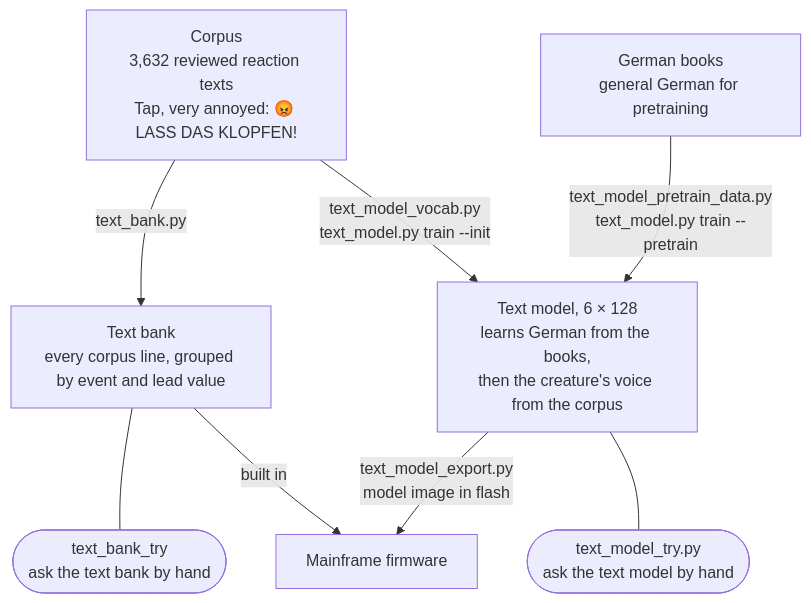
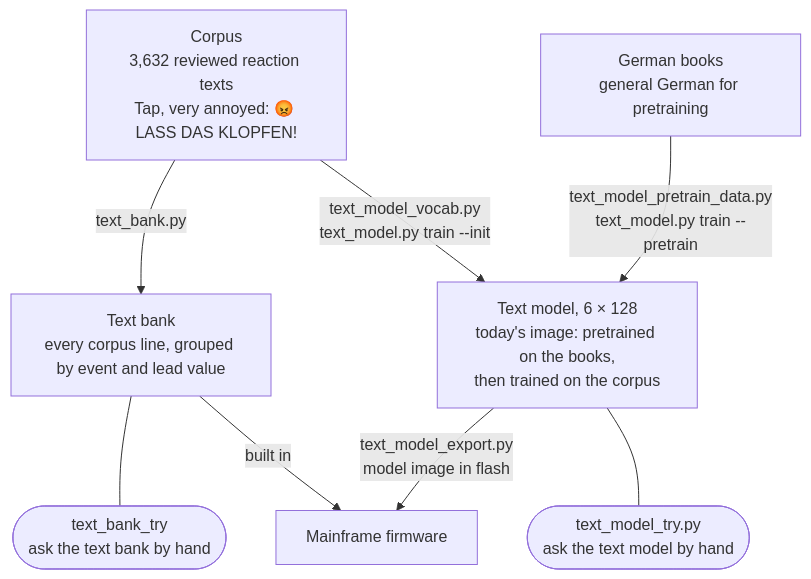
One commit to tiefencode/decaflash-v2 changed the first of 2 diagrams in README.md. Above: the diagram before and after it, drawn with Mermaid. The commit also changed other lines of this file and 2 other files, not shown here.

First line of the commit message:
docs(text-model): record the harness baseline and fix stale text model docs

````diff
--- a/README.md
+++ b/README.md
@@ -89,18 +90,18 @@
 ```mermaid
 flowchart TD
   corpus["Corpus<br/>3,632 reviewed reaction texts<br/>Tap, very annoyed: 😡 LASS DAS KLOPFEN!"]
   books["German books<br/>general German for pretraining"]
   bank["Text bank<br/>every corpus line, grouped by event and lead value"]
-  model["Text model, 6 × 128<br/>learns German from the books,<br/>then the creature's voice from the corpus"]
+  model["Text model, 6 × 128<br/>today's image: pretrained on the books,<br/>then trained on the corpus"]
   banktry(["text_bank_try<br/>ask the text bank by hand"])
   modeltry(["text_model_try.py<br/>ask the text model by hand"])
   fw["Mainframe firmware"]
 
   corpus -->|"text_bank.py"| bank
   corpus -->|"text_model_vocab.py<br/>text_model.py train --init"| model
   books -->|"text_model_pretrain_data.py<br/>text_model.py train --pretrain"| model
   bank --- banktry
   model --- modeltry
   bank -->|"built in"| fw
   model -->|"text_model_export.py<br/>model image in flash"| fw
 ```
````
